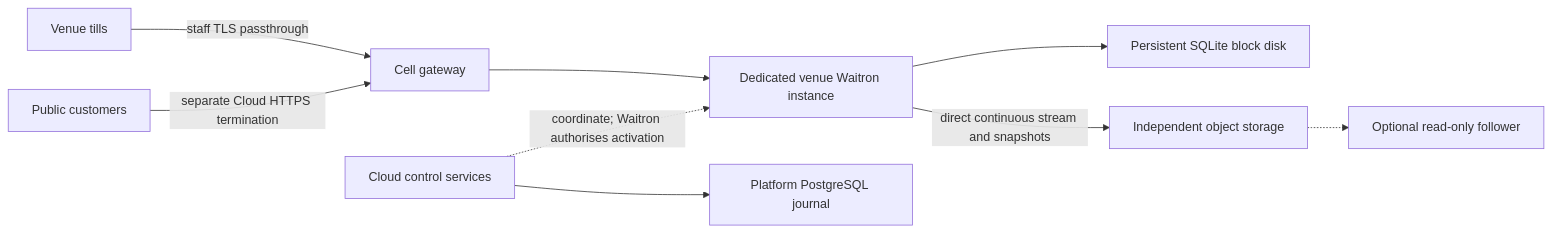
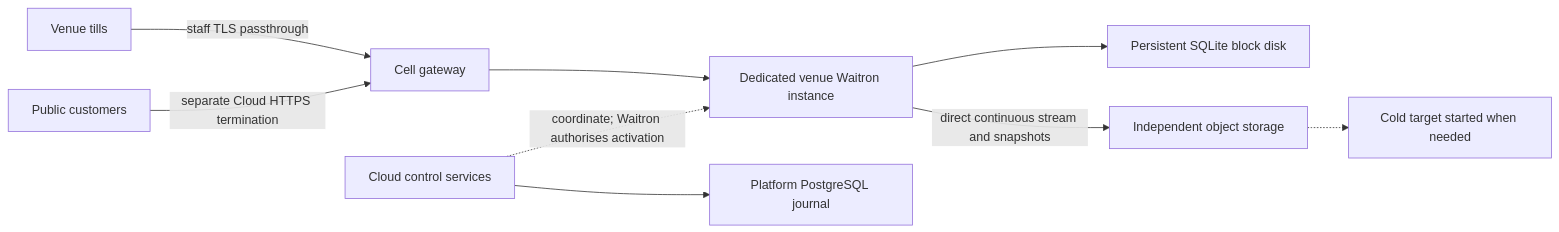
One commit to waitron-io/waitron-cloud changed the diagram in docs/superpowers/specs/2026-10-21-cloud-hosted-venue-design.md. Above: the diagram before and after it, drawn with Mermaid. The commit also changed other lines of this file and 5 other files, not shown here.

````diff
--- a/docs/superpowers/specs/2026-10-21-cloud-hosted-venue-design.md
+++ b/docs/superpowers/specs/2026-10-21-cloud-hosted-venue-design.md
@@ -41,11 +67,11 @@
 ```mermaid
 flowchart LR
     T[Venue tills] -->|staff TLS passthrough| G[Cell gateway]
     P[Public customers] -->|separate Cloud HTTPS termination| G
     G --> W[Dedicated venue Waitron instance]
     W --> D[Persistent SQLite block disk]
     W -->|direct continuous stream and snapshots| B[Independent object storage]
-    B -.-> F[Optional read-only follower]
+    B -.-> R[Cold target started when needed]
     C[Cloud control services] --> M[Platform PostgreSQL journal]
     C -.->|coordinate; Waitron authorises activation| W
 ```
````
